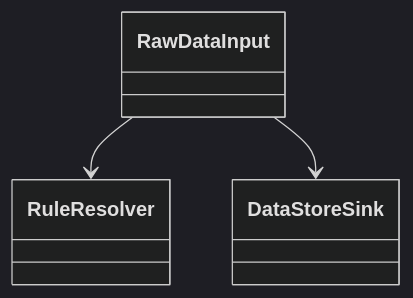
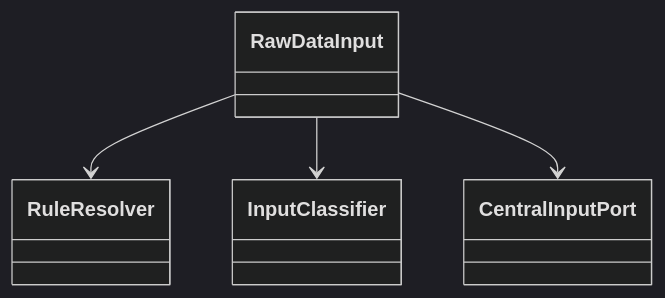
The first of 2 diagrams in ex/Adapter/RawDataInput詳細設計書.md (ceedling-vxworks-test-generator/printer-fw), drawn with Mermaid (dark theme) before and after one commit. The commit also changed other lines of this file and 1 other file, not shown here.

First line of the commit message:
docs(ex): DataStore Layer詳細設計(L2・3レーン版)を追加、RawDataInputを整合

````diff
--- a/ex/Adapter/RawDataInput詳細設計書.md
+++ b/ex/Adapter/RawDataInput詳細設計書.md
@@ -95,10 +100,12 @@
 ```mermaid
 classDiagram
 
 class RawDataInput
 class RuleResolver
-class DataStoreSink
+class InputClassifier
+class CentralInputPort
 
 RawDataInput --> RuleResolver
-RawDataInput --> DataStoreSink
+RawDataInput --> InputClassifier
+RawDataInput --> CentralInputPort
 ```
````
